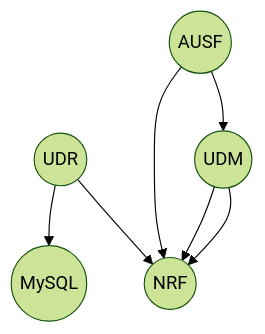
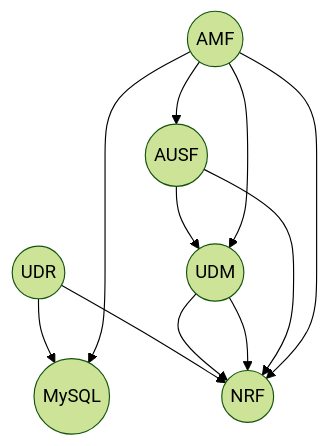
One commit to gruyaume/charmed-oai-5g changed the diagram in README.md. Above: the diagram before and after it, drawn with Mermaid (forest theme). The commit also changed 2 other files, not shown here.

Commit message:
Adds AMF to model

````diff
--- a/README.md
+++ b/README.md
@@ -55,9 +55,13 @@
 ```mermaid
 flowchart TD;
       udr((UDR))-->mysql((MySQL))
       udr((UDR))-->nrf((NRF))
       udm((UDM))-->nrf((NRF))
       udm((UDM))-->nrf((NRF))
       ausf((AUSF))-->nrf((NRF))
       ausf((AUSF))-->udm((UDM))
+      amf((AMF))-->mysql((MySQL))
+      amf((AMF))-->nrf((NRF))
+      amf((AMF))-->udm((UDM))
+      amf((AMF))-->ausf((AUSF))
 ```
````
